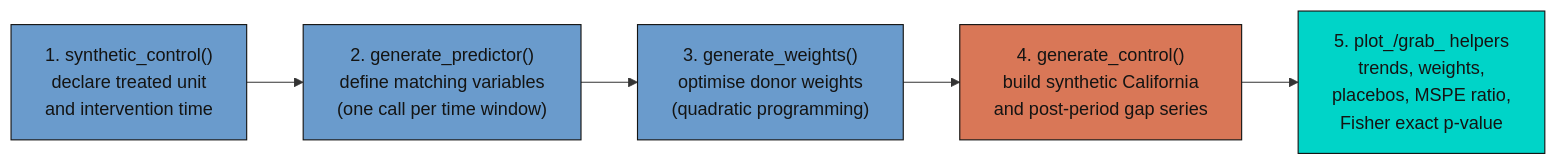
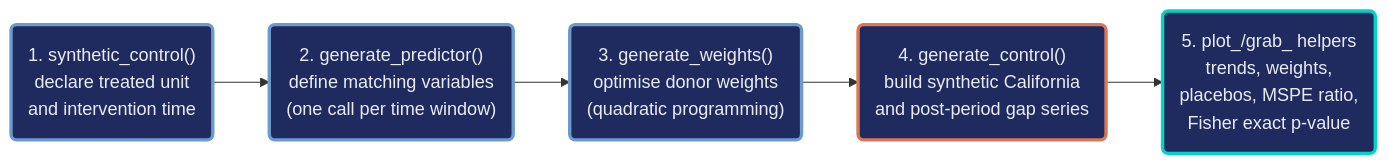
Before and after one commit to cmg777/starter-academic-v501: the fourth of 5 diagrams in content/post/r_causalpolicy_workshop/index.md, drawn with Mermaid. The commit also changed other lines of this file and 13 other files, not shown here.

First line of the commit message:
content(mermaid): restyle flowcharts in R posts

````diff
--- a/content/post/r_causalpolicy_workshop/index.md
+++ b/content/post/r_causalpolicy_workshop/index.md
@@ -927,13 +935,13 @@
 ```mermaid
 flowchart LR
-    A["1. synthetic_control()<br/>declare treated unit<br/>and intervention time"] --> B["2. generate_predictor()<br/>define matching variables<br/>(one call per time window)"]
-    B --> C["3. generate_weights()<br/>optimise donor weights<br/>(quadratic programming)"]
-    C --> D["4. generate_control()<br/>build synthetic California<br/>and post-period gap series"]
-    D --> E["5. plot_/grab_ helpers<br/>trends, weights,<br/>placebos, MSPE ratio,<br/>Fisher exact p-value"]
-
-    style A fill:#6a9bcc,stroke:#141413,color:#141413
-    style B fill:#6a9bcc,stroke:#141413,color:#141413
-    style C fill:#6a9bcc,stroke:#141413,color:#141413
-    style D fill:#d97757,stroke:#141413,color:#141413
-    style E fill:#00d4c8,stroke:#141413,color:#141413
+    A("1. synthetic_control()<br/>declare treated unit<br/>and intervention time") --> B("2. generate_predictor()<br/>define matching variables<br/>(one call per time window)")
+    B --> C("3. generate_weights()<br/>optimise donor weights<br/>(quadratic programming)")
+    C --> D("4. generate_control()<br/>build synthetic California<br/>and post-period gap series")
+    D --> E("5. plot_/grab_ helpers<br/>trends, weights,<br/>placebos, MSPE ratio,<br/>Fisher exact p-value")
+    classDef blue fill:#1f2b5e,stroke:#6a9bcc,stroke-width:3px,color:#e8ecf2
+    classDef orange fill:#1f2b5e,stroke:#d97757,stroke-width:3px,color:#e8ecf2
+    classDef teal fill:#1f2b5e,stroke:#00d4c8,stroke-width:3px,color:#e8ecf2
+    class A,B,C blue
+    class D orange
+    class E teal
 ```
````
